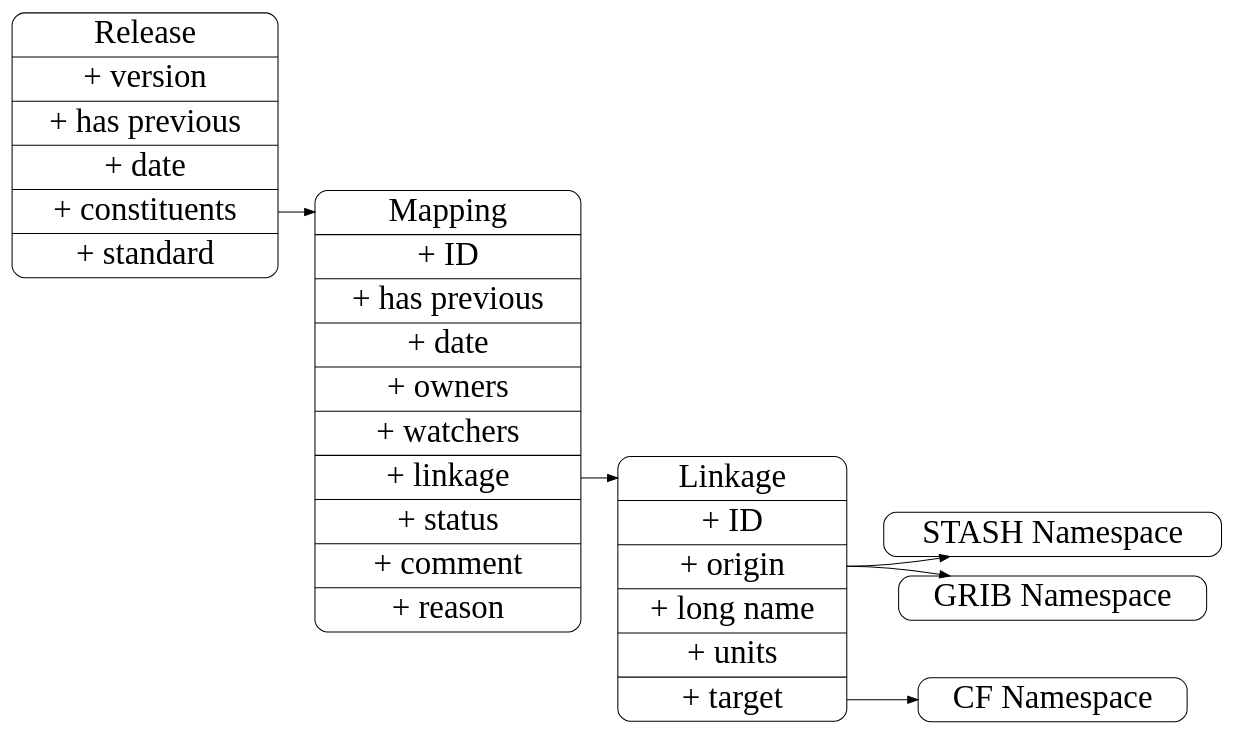
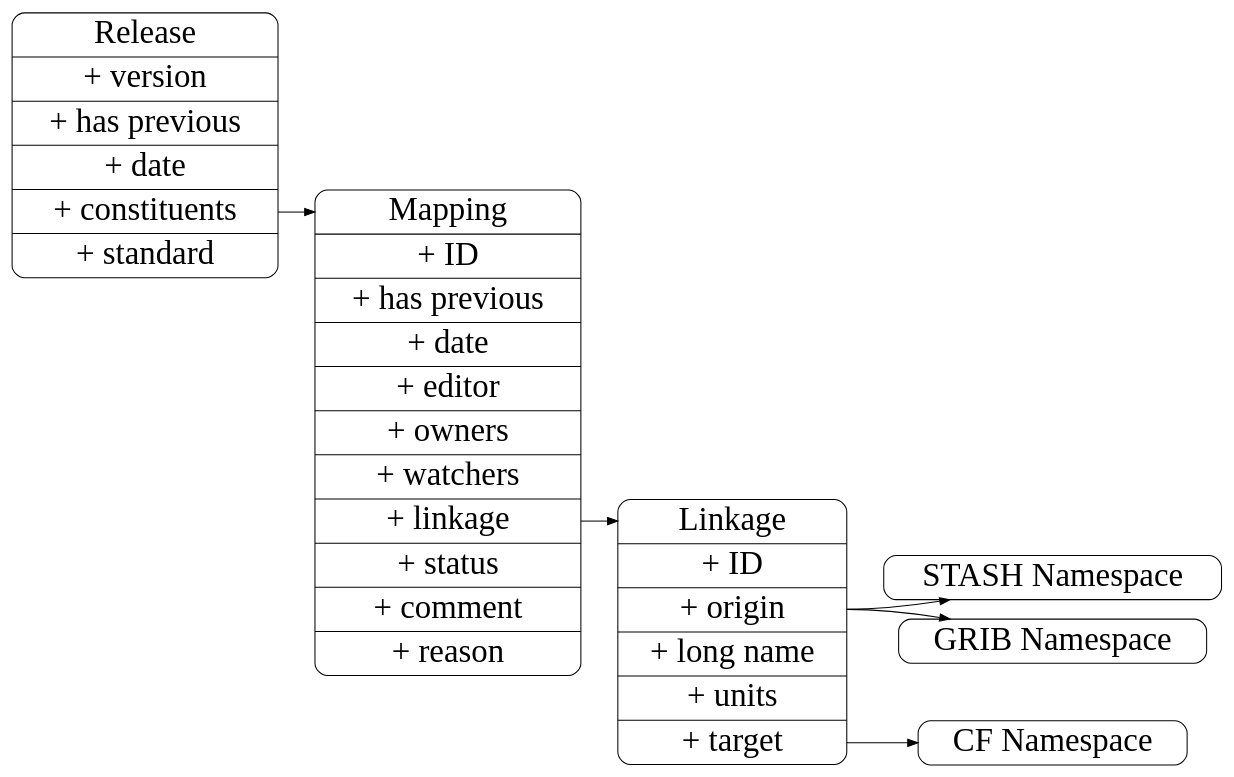
Before and after one commit to wizardstoy/docs: the diagram in source/_static/graphics/shards.dot, drawn with Graphviz.

Commit message:
added editor field

```diff
--- a/source/_static/graphics/shards.dot
+++ b/source/_static/graphics/shards.dot
@@ -1,55 +1,55 @@
 digraph shards {
 
 ## basic setup 
 
    	rankdir = LR;
         node [
         fontsize = 32,
         shape = Mrecord
         ];
 
         edge [
         fontsize = 24
         ];
 
 ## class definitions
 
         mapping [
 	label = "<title> Linkage |+ ID |<origin>+ origin |+ long name |+ units|<target>+ target "
 	];
 
 	provenance [
-	label = "<title> Mapping |+ ID |+ has previous |+ date |+ owners |+ watchers|<plink>+ linkage|+ status |+ comment|+ reason"
+	label = "<title> Mapping |+ ID |+ has previous |+ date |+ editor |+ owners |+ watchers|<plink>+ linkage|+ status |+ comment|+ reason"
 	];
 
 	release [
 	label = "<title> Release |+ version|+ has previous|+ date|<con>+ constituents|+ standard"
 	];
 
 	cf [
 	label = "CF Namespace"
 	];
 
 	stash [
 	label = "STASH Namespace"
 	];
 
 	grib [
 	label = "GRIB Namespace"
 	];
 
 
 
 ## relations
 
 	provenance:plink -> mapping:title;
 
 	release:con -> provenance:title
 
 	mapping:target -> cf
 
 	mapping:origin -> stash
 
 	mapping:origin -> grib
 
 }
```
